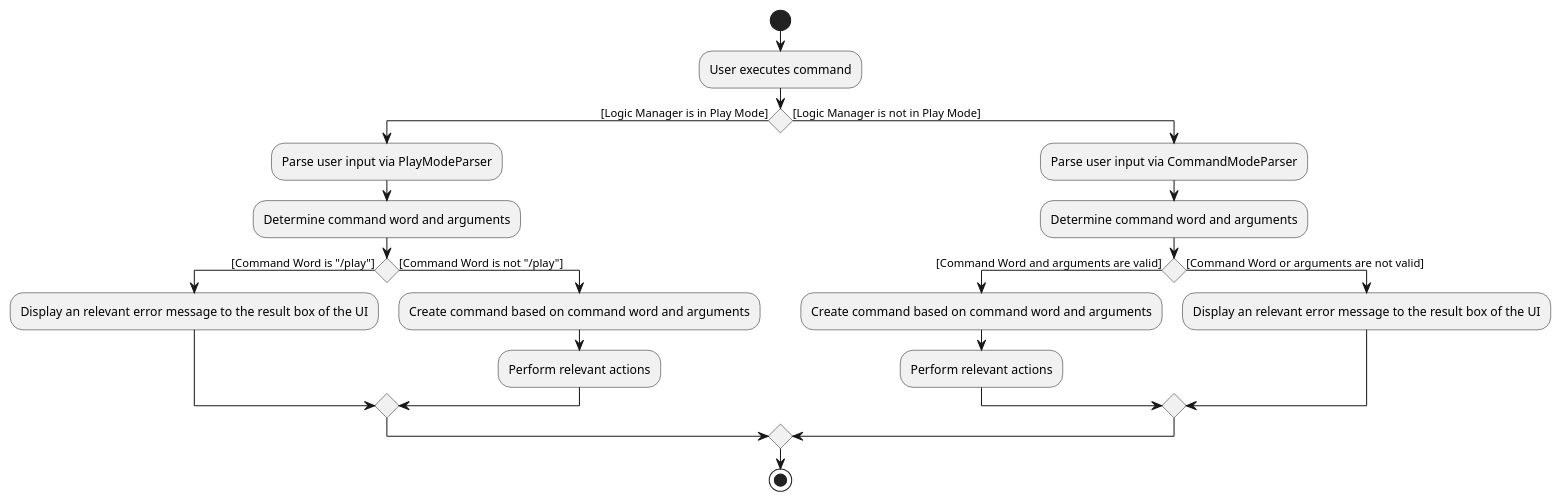
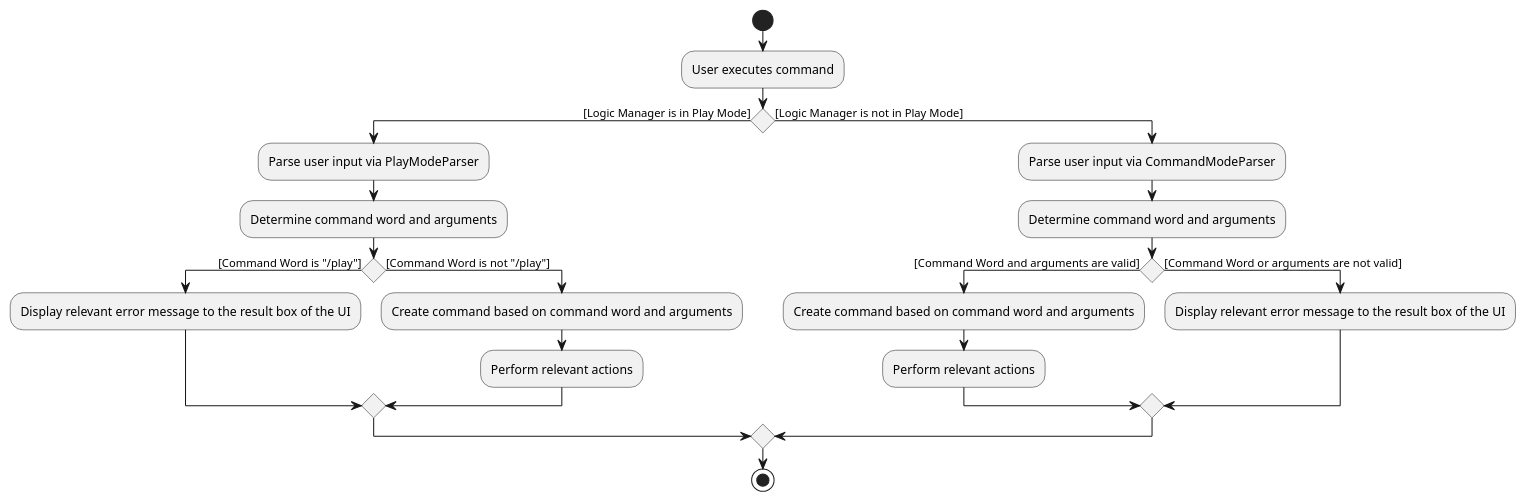
The diagram in docs/diagrams/GeneralizedCommandActivityDiagram.puml (vigneshbhuvan-nus/tp), drawn with PlantUML before and after one commit.

Commit message:
Update diagram

```diff
--- a/docs/diagrams/GeneralizedCommandActivityDiagram.puml
+++ b/docs/diagrams/GeneralizedCommandActivityDiagram.puml
@@ -1,29 +1,29 @@
 @startuml
 
 start
 :User executes command;
 if() then ([Logic Manager is in Play Mode])
 :Parse user input via PlayModeParser;
 :Determine command word and arguments;
 if () then ([Command Word is "/play"])
-:Display an relevant error message to the result box of the UI;
+:Display relevant error message to the result box of the UI;
 else ([Command Word is not "/play"])
 :Create command based on command word and arguments;
 :Perform relevant actions;
 endif
 
 else([Logic Manager is not in Play Mode])
 :Parse user input via CommandModeParser;
 :Determine command word and arguments;
 if() then ([Command Word and arguments are valid])
 :Create command based on command word and arguments;
 :Perform relevant actions;
 else ([Command Word or arguments are not valid])
-:Display an relevant error message to the result box of the UI;
+:Display relevant error message to the result box of the UI;
 
 endif
 endif
 
 stop
 
 @enduml
```
